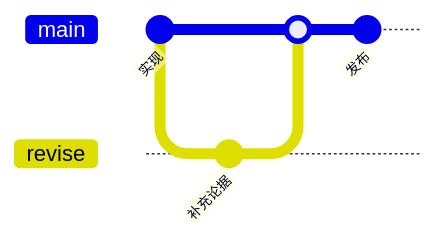
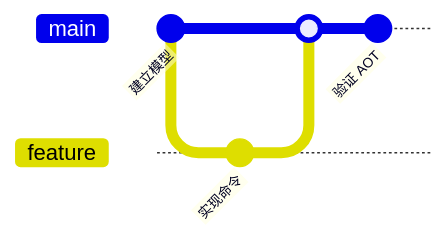
Before and after one commit to dotnet9/Vex: the seventh of 24 diagrams in docs/演示文档/Mermaid 图表图鉴.md, drawn with Mermaid. The commit also changed other lines of this file and 23 other files, not shown here.

Commit message:
完善(演示文档)：围绕 .NET 与 Avalonia 重编示例并补齐 24 类图表

````diff
--- a/docs/演示文档/Mermaid 图表图鉴.md
+++ b/docs/演示文档/Mermaid 图表图鉴.md
@@ -92,10 +95,10 @@
 ```mermaid
 gitGraph
-  commit id: "实现"
-  branch revise
-  checkout revise
-  commit id: "补充论据"
+  commit id: "建立模型"
+  branch feature
+  checkout feature
+  commit id: "实现命令"
   checkout main
-  merge revise
-  commit id: "发布"
+  merge feature
+  commit id: "验证 AOT"
 ```
````
